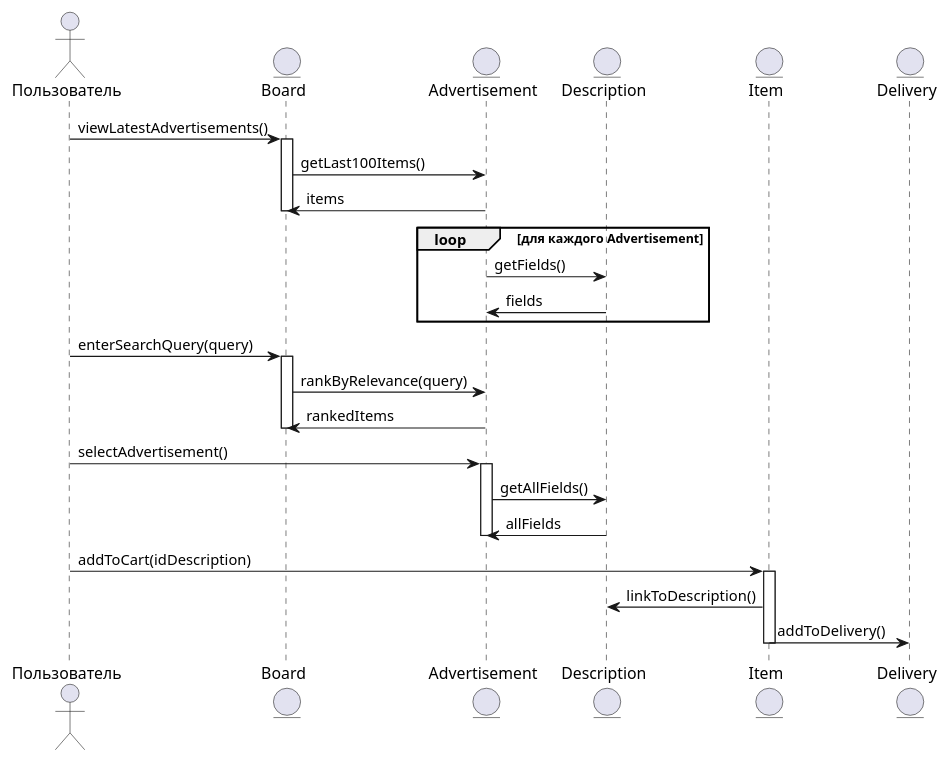
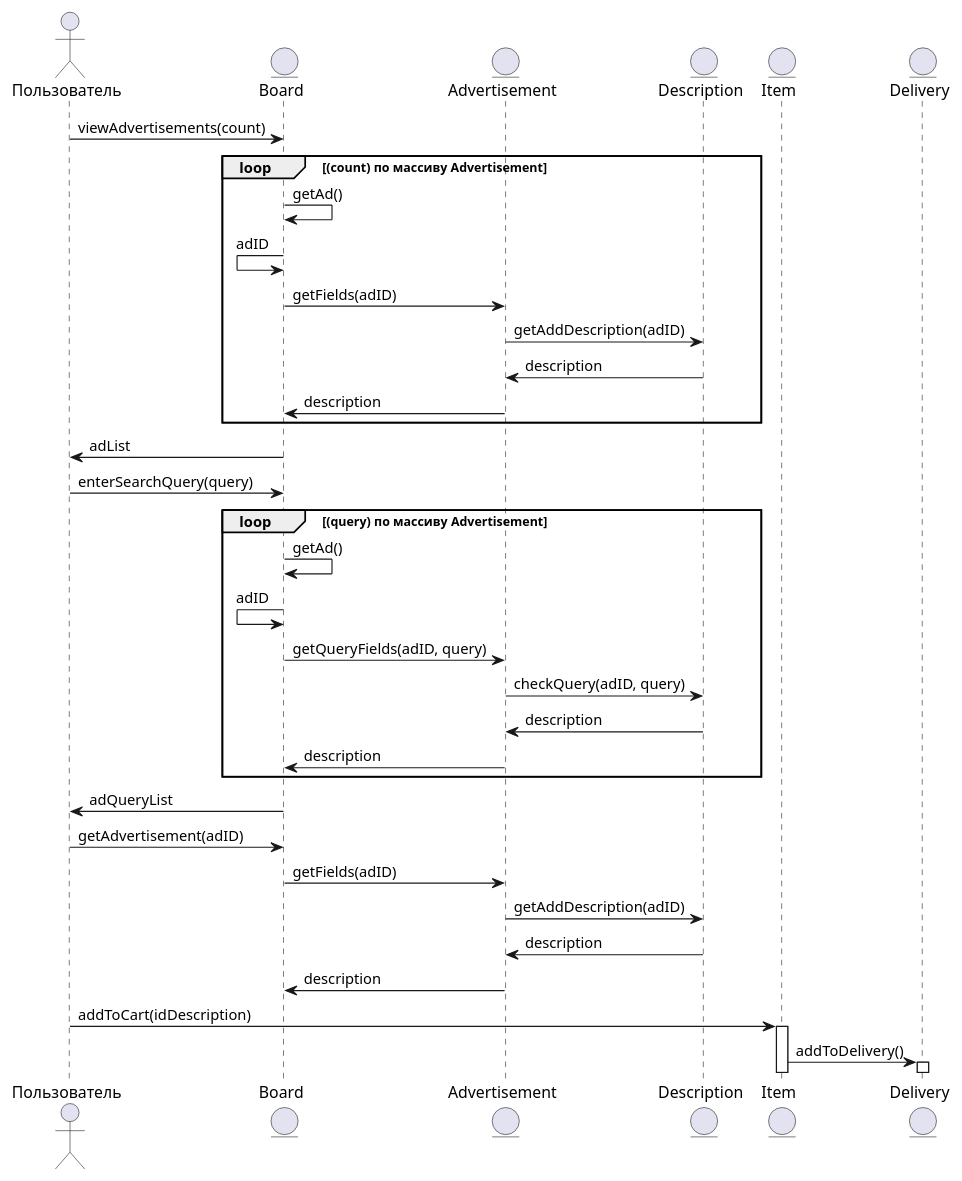
The diagram in Диаграмма последовательности Поиск объявлений.md (penamarth/bsbo-01-22_team1_var13), drawn with PlantUML before and after one commit.

Commit message:
Update Диаграмма последовательности Поиск объявлений.md

````diff
--- a/Диаграмма последовательности Поиск объявлений.md
+++ b/Диаграмма последовательности Поиск объявлений.md
@@ -2,41 +1,50 @@
 ```plantuml
 @startuml
 
 actor Пользователь
 entity Board
 entity Advertisement
 entity Description
 entity Item
 entity Delivery
 
-Пользователь -> Board : viewLatestAdvertisements()
-activate Board
-Board -> Advertisement : getLast100Items()
-Board <- Advertisement : items
-deactivate Board
+Пользователь -> Board : viewAdvertisements(count)
 
-loop для каждого Advertisement
-Advertisement -> Description : getFields()
-Description -> Advertisement : fields
+loop (count) по массиву Advertisement
+Board -> Board : getAd()
+Board <- Board : adID
+Board -> Advertisement : getFields(adID)
+Advertisement -> Description : getAddDescription(adID)
+Advertisement <- Description : description
+Board <- Advertisement : description
 end
 
+Board -> Пользователь : adList
+
 Пользователь -> Board : enterSearchQuery(query)
-activate Board
-Board -> Advertisement : rankByRelevance(query)
-Advertisement -> Board : rankedItems
-deactivate Board
 
-Пользователь -> Advertisement : selectAdvertisement()
-activate Advertisement
-Advertisement -> Description : getAllFields()
-Description -> Advertisement : allFields
-deactivate Advertisement
+loop (query) по массиву Advertisement
+Board -> Board : getAd()
+Board <- Board : adID
+Board -> Advertisement : getQueryFields(adID, query)
+Advertisement -> Description : checkQuery(adID, query)
+Advertisement <- Description : description
+Board <- Advertisement : description
+end
+
+Board -> Пользователь : adQueryList
+
+Пользователь -> Board : getAdvertisement(adID)
+Board -> Advertisement : getFields(adID)
+Advertisement -> Description : getAddDescription(adID)
+Description -> Advertisement : description
+Board <- Advertisement : description
+
 
 Пользователь -> Item : addToCart(idDescription)
 activate Item
-Item -> Description : linkToDescription()
 Item -> Delivery : addToDelivery()
-deactivate Item
+activate Delivery
 
 @enduml
 ```
````
